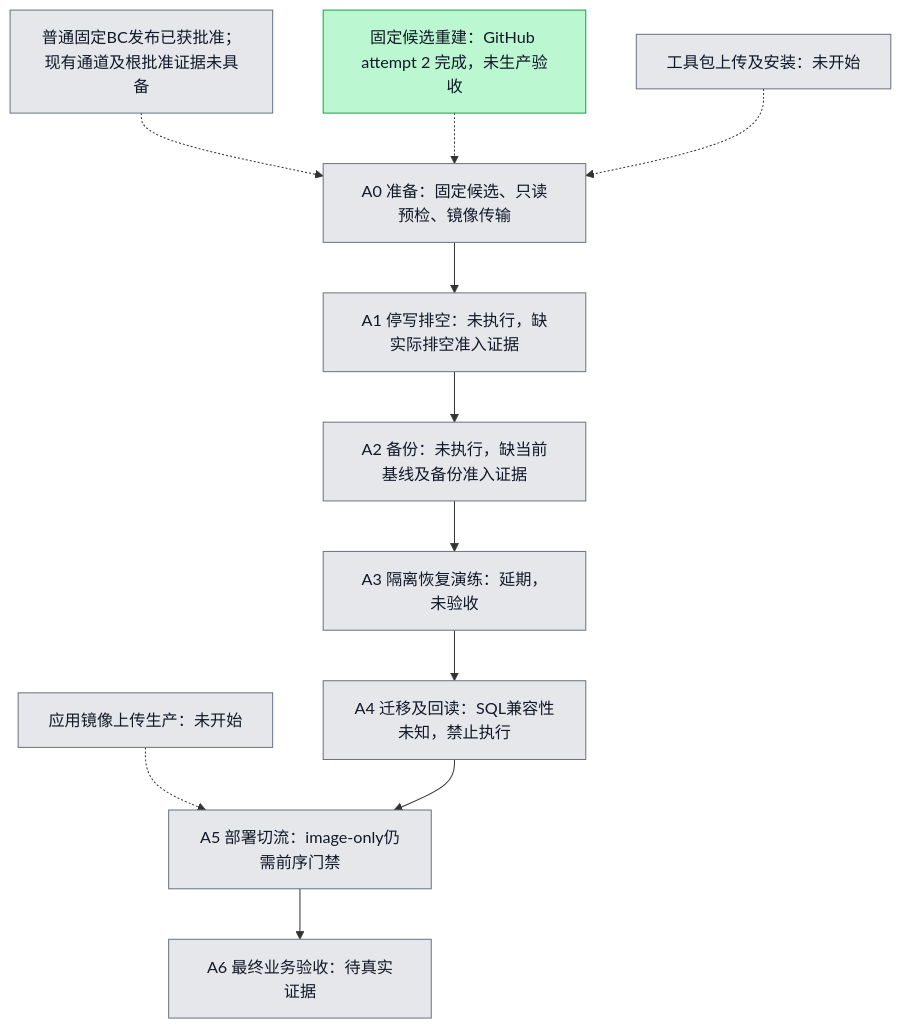
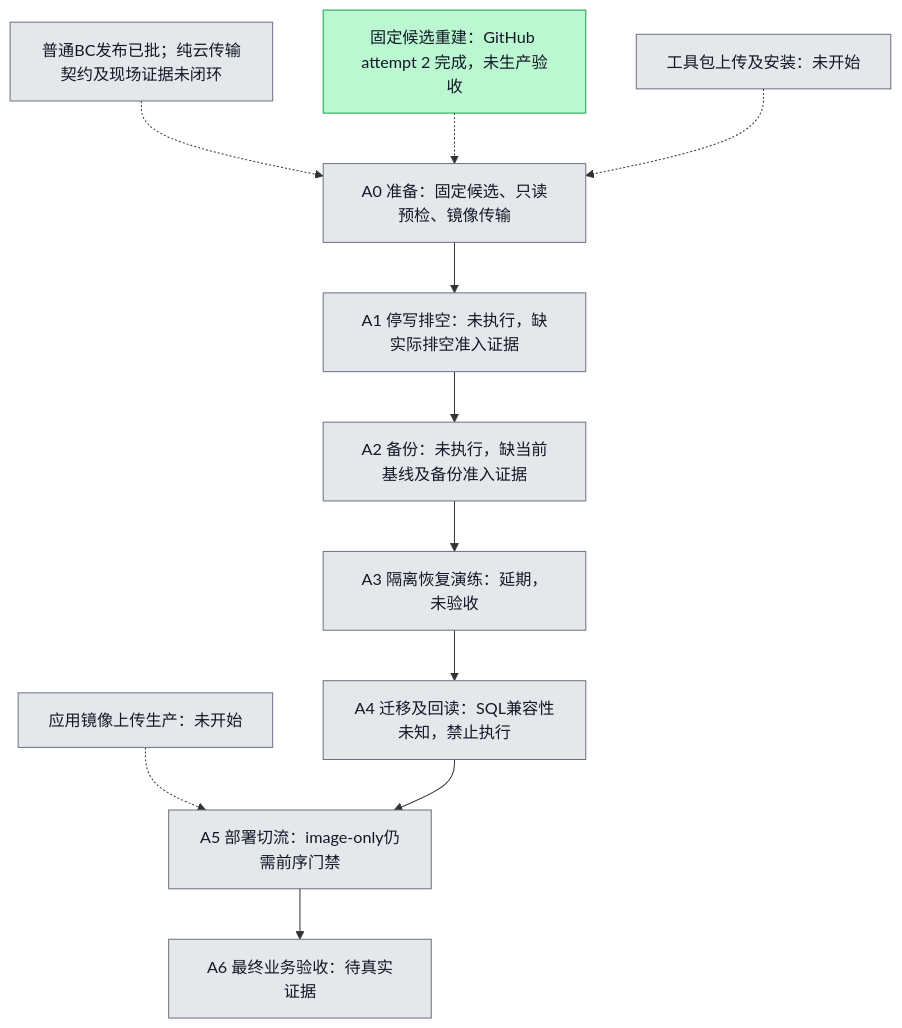
Before and after one commit to boardx/workspacex: the diagram in docs/operations/cn-release-entry/plan.md, drawn with Mermaid. The commit also changed other lines of this file and 1 other file, not shown here.

````diff
--- a/docs/operations/cn-release-entry/plan.md
+++ b/docs/operations/cn-release-entry/plan.md
@@ -16,35 +16,35 @@
 ```mermaid
 flowchart TD
   A0[A0 准备：固定候选、只读预检、镜像传输]
   A1[A1 停写排空：未执行，缺实际排空准入证据]
   A2[A2 备份：未执行，缺当前基线及备份准入证据]
   A3[A3 隔离恢复演练：延期，未验收]
   A4[A4 迁移及回读：SQL兼容性未知，禁止执行]
   A5[A5 部署切流：image-only仍需前序门禁]
   A6[A6 最终业务验收：待真实证据]
   B0[固定候选重建：GitHub attempt 2 完成，未生产验收]
   K0[工具包上传及安装：未开始]
   I0[应用镜像上传生产：未开始]
-  C0[普通固定BC发布已获批准；现有通道及根批准证据未具备]
+  C0[普通BC发布已批；纯云传输契约及现场证据未闭环]
   C0 -.-> A0
   B0 -.-> A0
   K0 -.-> A0
   I0 -.-> A5
   A0 --> A1 --> A2 --> A3 --> A4 --> A5 --> A6
   classDef todo fill:#e5e7eb,stroke:#6b7280,color:#111827
   classDef doing fill:#fde68a,stroke:#d97706,color:#111827
   classDef done fill:#bbf7d0,stroke:#16a34a,color:#111827
   classDef tested fill:#ddd6fe,stroke:#7c3aed,color:#111827
   class C0 todo
-  %% C0 灰色阻塞说明：普通发布已批准；现有 secrets/runner 元数据读取403，匹配新根批准、输入原件及SQL兼容证据未证实；未提交生产调用
+  %% C0 灰色阻塞说明：普通发布已批准；set原件下载Forbidden，HK传输仍仅接attempt1，A3/A4/A5云端闭环及现场证据未证实；未提交生产调用
   class B0 done
   class K0 todo
   class I0 todo
   class A0 todo
   class A1 todo
   class A2 todo
   class A3 todo
   class A4 todo
   class A5 todo
   class A6 todo
 ```
````
